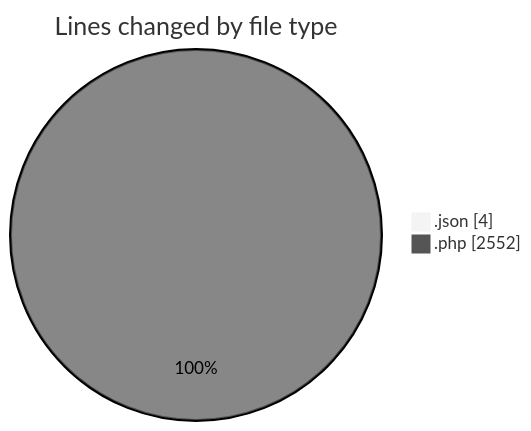
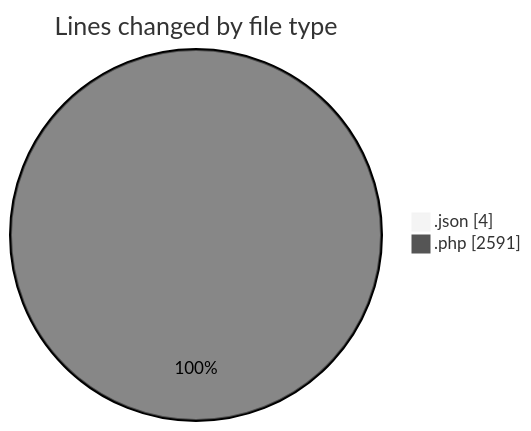
Before and after one commit to debugP/code-tracking: the first of 2 diagrams in 2026-06-30/wp-content/README.md, drawn with Mermaid (neutral theme). The commit also changed other lines of this file and 1 other file, not shown here.

````diff
--- a/2026-06-30/wp-content/README.md
+++ b/2026-06-30/wp-content/README.md
@@ -24,6 +24,6 @@
 ```mermaid
 pie showData
 title Lines changed by file type
 ".json" : 4
-".php" : 2552
+".php" : 2591
 ```
````
